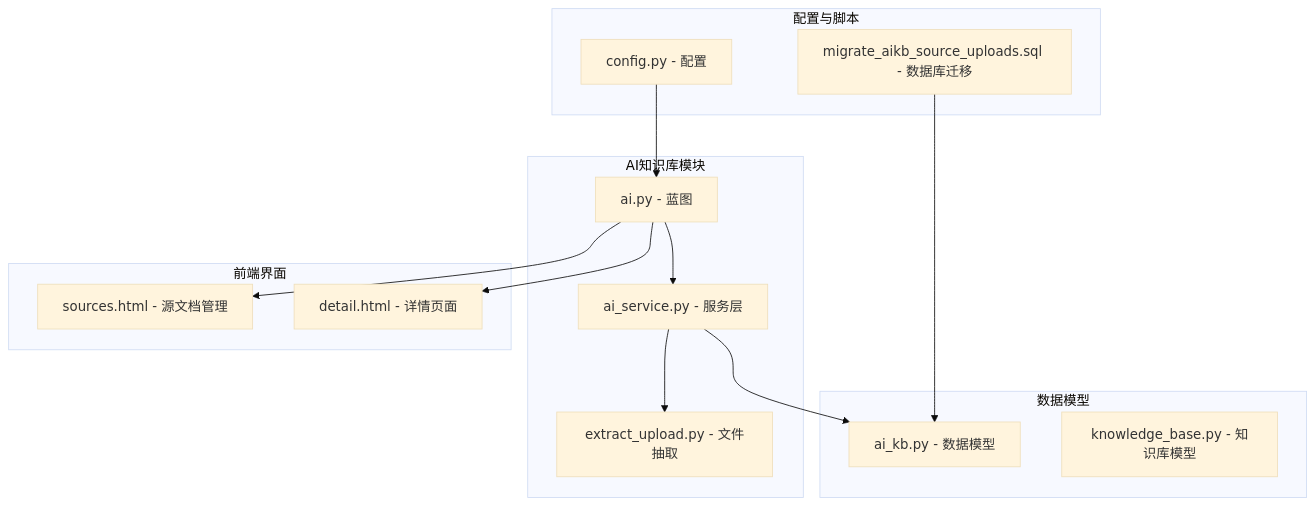
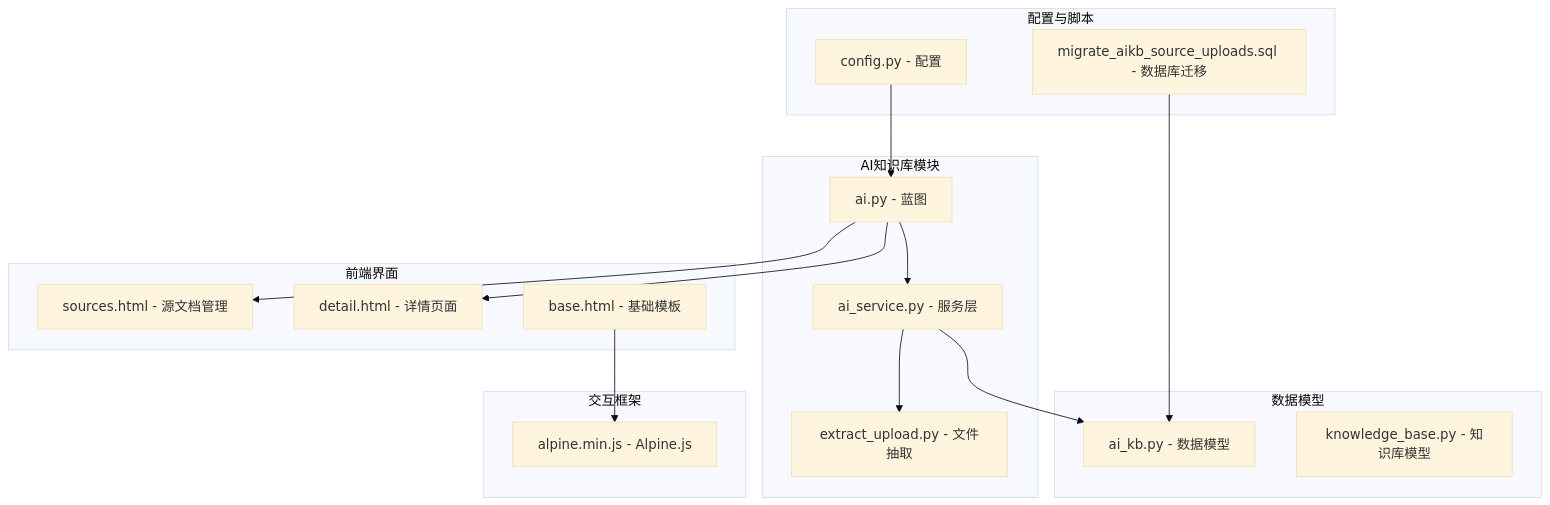
The first of 7 diagrams in .qoder/repowiki/zh/content/核心模块/AI知识库模块/AI知识库外部文件上传功能.md (beyondalbert/my_wiki), drawn with Mermaid (base theme) before and after one commit. The commit also changed other lines of this file and 2 other files, not shown here.

````diff
--- a/.qoder/repowiki/zh/content/核心模块/AI知识库模块/AI知识库外部文件上传功能.md
+++ b/.qoder/repowiki/zh/content/核心模块/AI知识库模块/AI知识库外部文件上传功能.md
@@ -40,27 +52,32 @@
 ```mermaid
 graph TB
 subgraph "AI知识库模块"
 AI_BP[ai.py - 蓝图]
 AI_SERVICE[ai_service.py - 服务层]
 EXTRACT[extract_upload.py - 文件抽取]
 end
 subgraph "数据模型"
 AI_KB_MODELS[ai_kb.py - 数据模型]
 KB_MODELS[knowledge_base.py - 知识库模型]
 end
 subgraph "前端界面"
 SOURCES_HTML[sources.html - 源文档管理]
 DETAIL_HTML[detail.html - 详情页面]
+BASE_HTML[base.html - 基础模板]
+end
+subgraph "交互框架"
+ALPINE_JS[alpine.min.js - Alpine.js]
 end
 subgraph "配置与脚本"
 CONFIG[config.py - 配置]
 MIGRATE[migrate_aikb_source_uploads.sql - 数据库迁移]
 end
 AI_BP --> AI_SERVICE
 AI_SERVICE --> EXTRACT
 AI_SERVICE --> AI_KB_MODELS
 AI_BP --> SOURCES_HTML
 AI_BP --> DETAIL_HTML
+BASE_HTML --> ALPINE_JS
 CONFIG --> AI_BP
 MIGRATE --> AI_KB_MODELS
 ```
````
